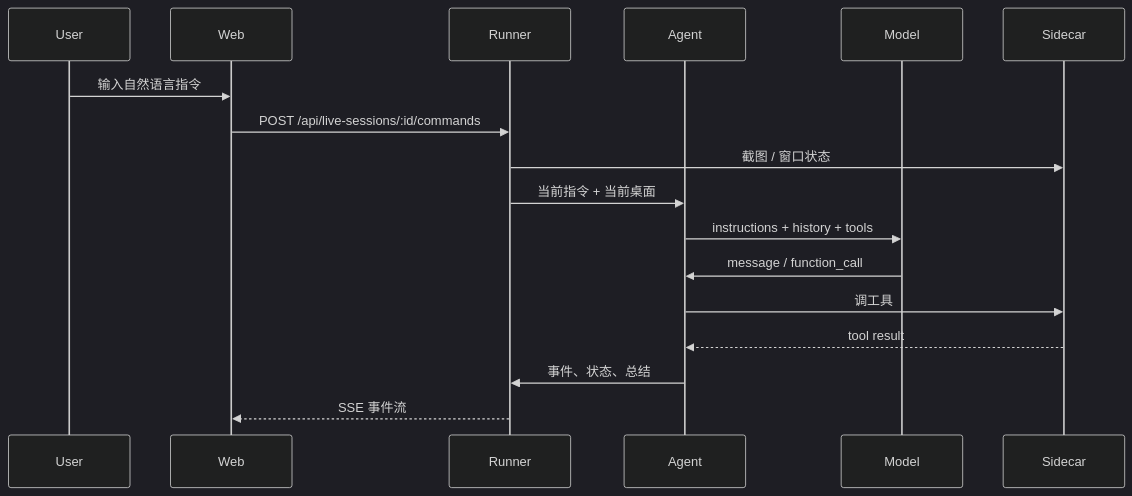
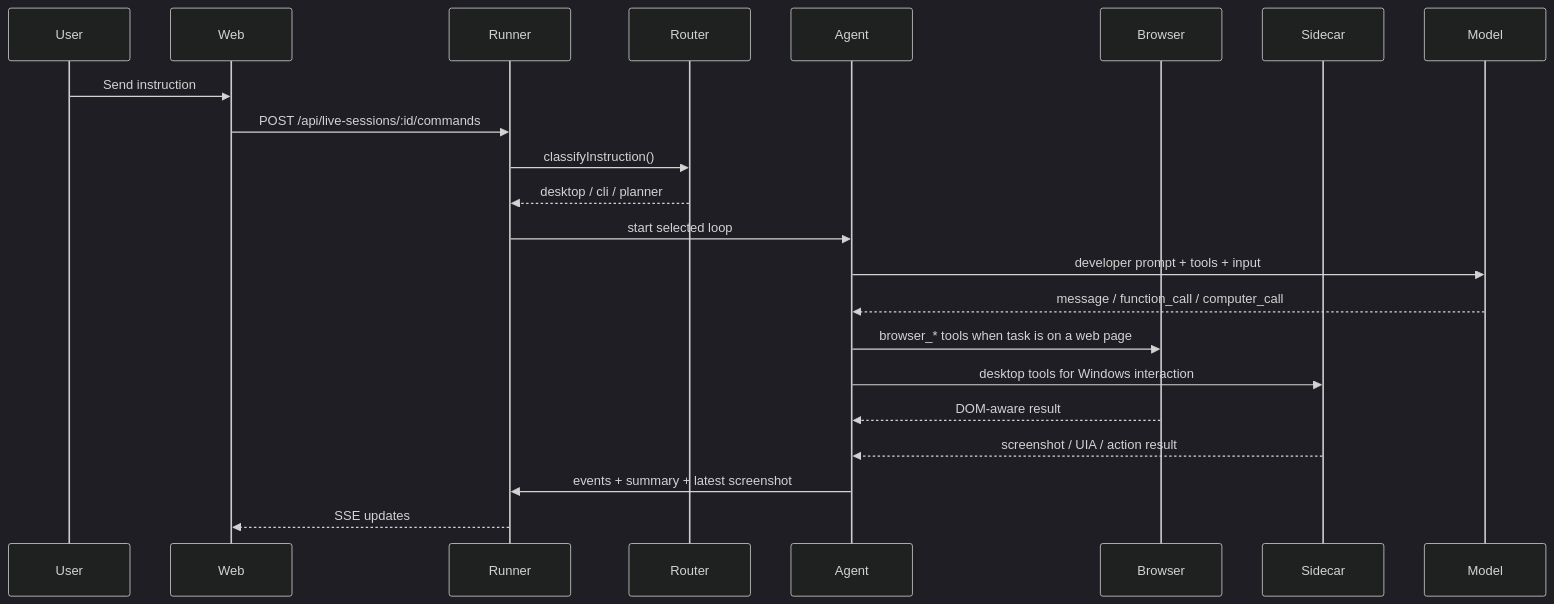
One commit to Charlo-O/Novaper changed the second of 2 diagrams in docs/architecture.md. Above: the diagram before and after it, drawn with Mermaid (dark theme). The commit also changed other lines of this file and 11 other files, not shown here.

````diff
--- a/docs/architecture.md
+++ b/docs/architecture.md
@@ -64,20 +97,25 @@
 ```mermaid
 sequenceDiagram
   participant User
   participant Web
   participant Runner
+  participant Router
   participant Agent
+  participant Browser
+  participant Sidecar
   participant Model
-  participant Sidecar
 
-  User->>Web: 输入自然语言指令
+  User->>Web: Send instruction
   Web->>Runner: POST /api/live-sessions/:id/commands
-  Runner->>Sidecar: 截图 / 窗口状态
-  Runner->>Agent: 当前指令 + 当前桌面
-  Agent->>Model: instructions + history + tools
-  Model->>Agent: message / function_call
-  Agent->>Sidecar: 调工具
-  Sidecar-->>Agent: tool result
-  Agent->>Runner: 事件、状态、总结
-  Runner-->>Web: SSE 事件流
+  Runner->>Router: classifyInstruction()
+  Router-->>Runner: desktop / cli / planner
+  Runner->>Agent: start selected loop
+  Agent->>Model: developer prompt + tools + input
+  Model-->>Agent: message / function_call / computer_call
+  Agent->>Browser: browser_* tools when task is on a web page
+  Agent->>Sidecar: desktop tools for Windows interaction
+  Browser-->>Agent: DOM-aware result
+  Sidecar-->>Agent: screenshot / UIA / action result
+  Agent->>Runner: events + summary + latest screenshot
+  Runner-->>Web: SSE updates
 ```
````
